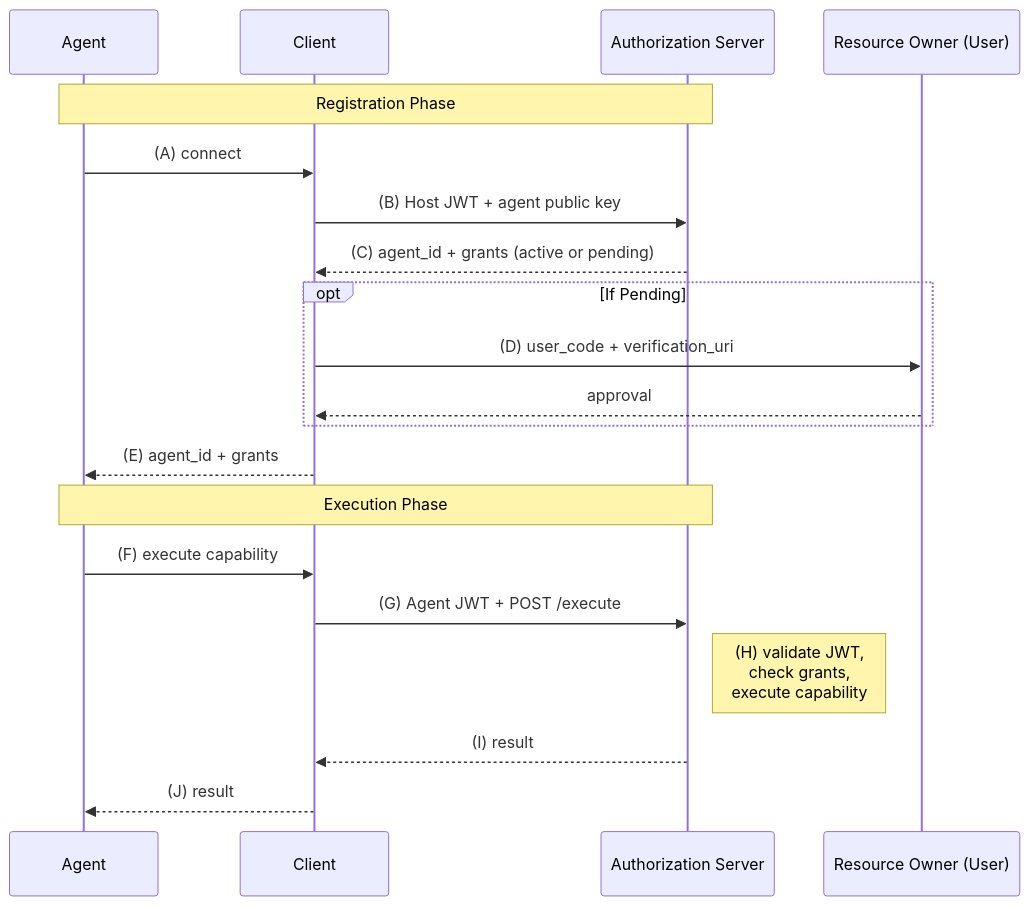
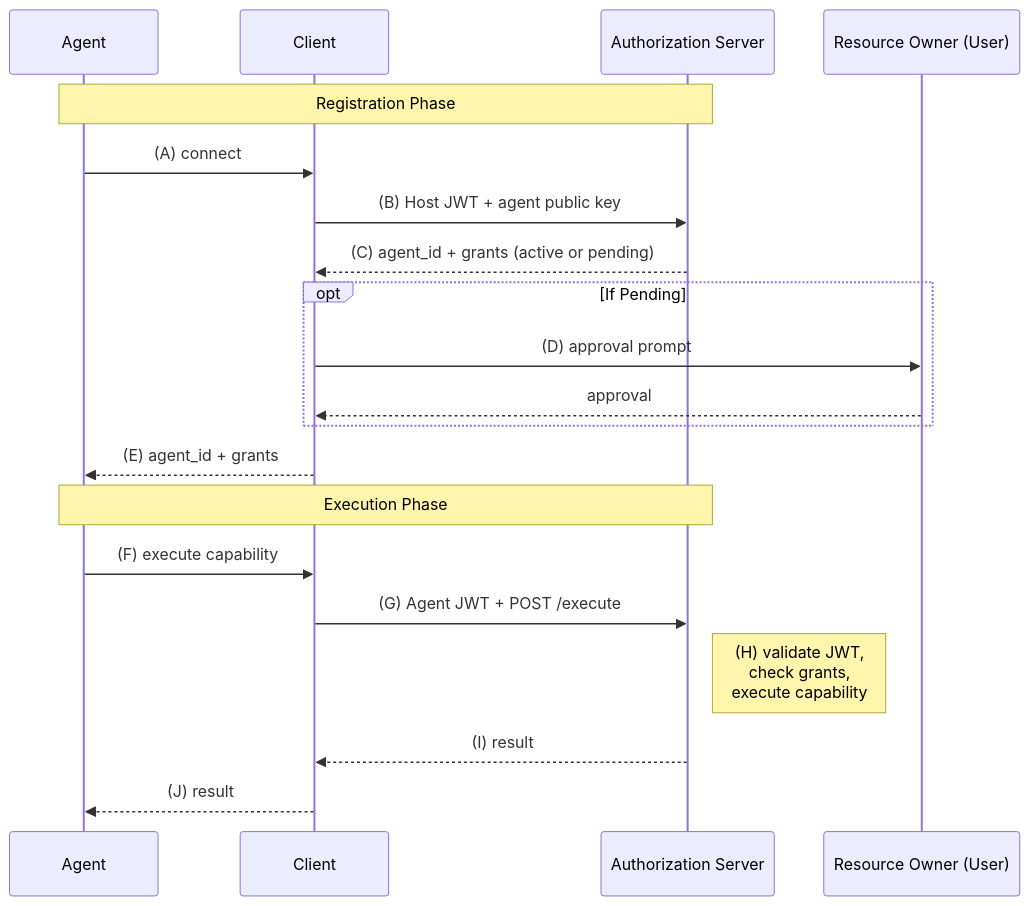
One commit to better-auth/agent-auth-protocol changed the diagram in content/specification/v1.0-draft.mdx. Above: the diagram before and after it, drawn with Mermaid. The commit also changed other lines of this file and 1 other file, not shown here.

Commit message:
fix diagrams

````diff
--- a/content/specification/v1.0-draft.mdx
+++ b/content/specification/v1.0-draft.mdx
@@ -106,28 +106,28 @@
 ```mermaid
 sequenceDiagram
     participant Agent
     participant Client
     participant Server as Authorization Server
     participant User as Resource Owner (User)
 
     Note over Agent, Server: Registration Phase
 
     Agent->>Client: (A) connect
     Client->>Server: (B) Host JWT + agent public key
     Server-->>Client: (C) agent_id + grants (active or pending)
 
     opt If Pending
-        Client->>User: (D) user_code + verification_uri
+        Client->>User: (D) approval prompt
         User-->>Client: approval
     end
 
     Client-->>Agent: (E) agent_id + grants
 
     Note over Agent, Server: Execution Phase
 
     Agent->>Client: (F) execute capability
     Client->>Server: (G) Agent JWT + POST /execute
     Note right of Server: (H) validate JWT,<br/>check grants,<br/>execute capability
     Server-->>Client: (I) result
     Client-->>Agent: (J) result
 ```
````
